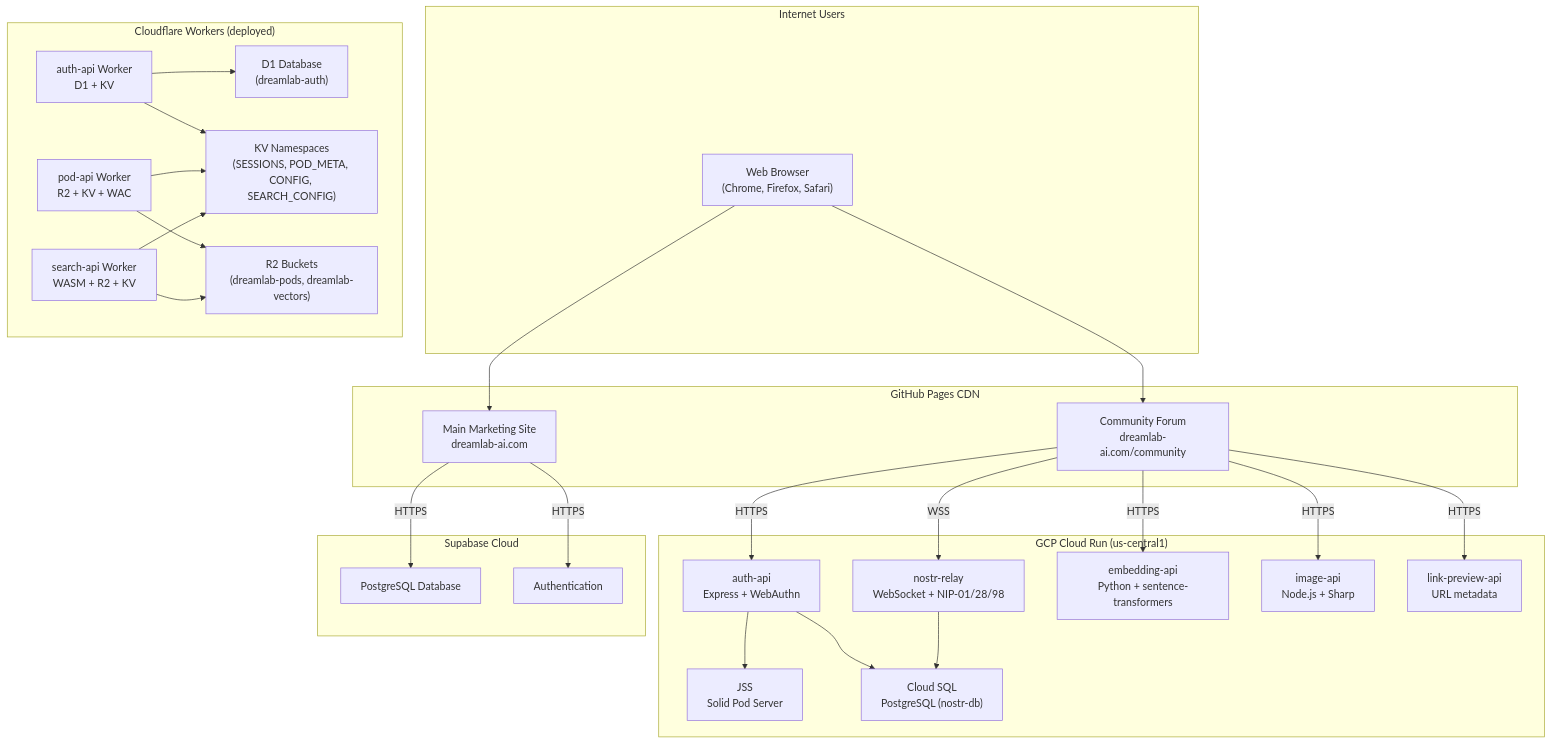
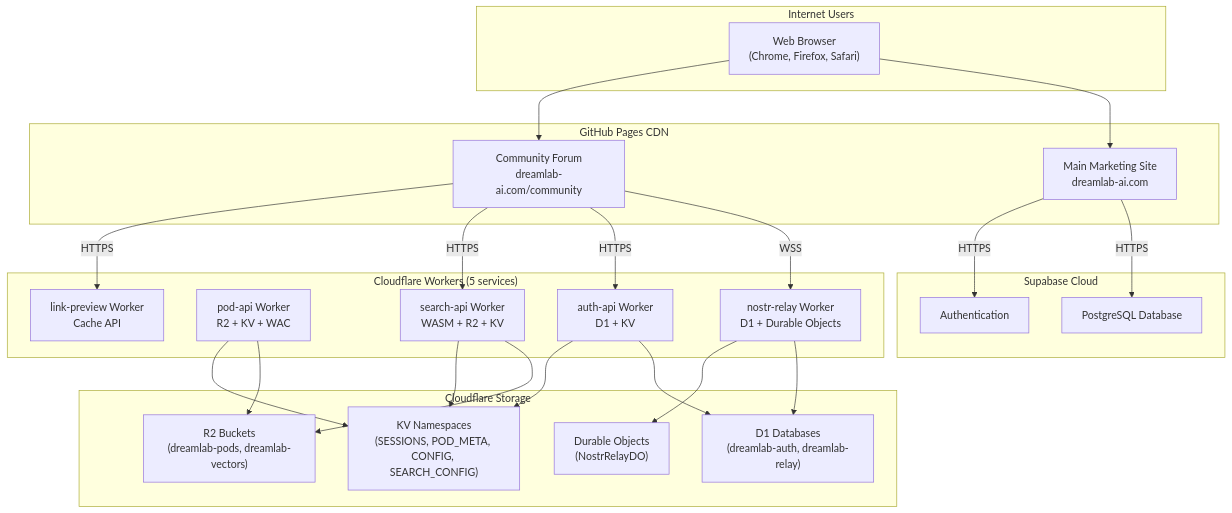
The first of 3 diagrams in docs/architecture/SYSTEM_OVERVIEW.md (DreamLab-AI/dreamlab-ai-website), drawn with Mermaid before and after one commit. The commit also changed other lines of this file and 36 other files, not shown here.

First line of the commit message:
Update 37 docs files: remove GCP references, reflect Cloudflare Workers architecture

````diff
--- a/docs/architecture/SYSTEM_OVERVIEW.md
+++ b/docs/architecture/SYSTEM_OVERVIEW.md
@@ -23,55 +23,49 @@
 ```mermaid
 graph TB
     subgraph Internet["Internet Users"]
         Browser["Web Browser<br/>(Chrome, Firefox, Safari)"]
     end
 
     subgraph CDN["GitHub Pages CDN"]
         MainSite["Main Marketing Site<br/>dreamlab-ai.com"]
         CommunityApp["Community Forum<br/>dreamlab-ai.com/community"]
     end
 
-    subgraph GCP["GCP Cloud Run (us-central1)"]
-        AuthAPI["auth-api<br/>Express + WebAuthn"]
-        JSS["JSS<br/>Solid Pod Server"]
-        Relay["nostr-relay<br/>WebSocket + NIP-01/28/98"]
-        EmbedAPI["embedding-api<br/>Python + sentence-transformers"]
-        ImageAPI["image-api<br/>Node.js + Sharp"]
-        LinkPreview["link-preview-api<br/>URL metadata"]
-        CloudSQL["Cloud SQL<br/>PostgreSQL (nostr-db)"]
+    subgraph CF["Cloudflare Workers (5 services)"]
+        CFAuth["auth-api Worker<br/>D1 + KV"]
+        CFPod["pod-api Worker<br/>R2 + KV + WAC"]
+        CFSearch["search-api Worker<br/>WASM + R2 + KV"]
+        CFRelay["nostr-relay Worker<br/>D1 + Durable Objects"]
+        CFLink["link-preview Worker<br/>Cache API"]
+    end
+
+    subgraph CFStorage["Cloudflare Storage"]
+        D1["D1 Databases<br/>(dreamlab-auth, dreamlab-relay)"]
+        KV["KV Namespaces<br/>(SESSIONS, POD_META, CONFIG, SEARCH_CONFIG)"]
+        R2["R2 Buckets<br/>(dreamlab-pods, dreamlab-vectors)"]
+        DO["Durable Objects<br/>(NostrRelayDO)"]
     end
 
     subgraph Supabase["Supabase Cloud"]
         SupabaseDB["PostgreSQL Database"]
         SupabaseAuth["Authentication"]
     end
 
-    subgraph CF["Cloudflare Workers (deployed)"]
-        CFAuth["auth-api Worker<br/>D1 + KV"]
-        CFPod["pod-api Worker<br/>R2 + KV + WAC"]
-        CFSearch["search-api Worker<br/>WASM + R2 + KV"]
-        D1["D1 Database<br/>(dreamlab-auth)"]
-        KV["KV Namespaces<br/>(SESSIONS, POD_META, CONFIG, SEARCH_CONFIG)"]
-        R2["R2 Buckets<br/>(dreamlab-pods, dreamlab-vectors)"]
-    end
-
     Browser --> MainSite
     Browser --> CommunityApp
-    CommunityApp -->|WSS| Relay
-    CommunityApp -->|HTTPS| AuthAPI
-    CommunityApp -->|HTTPS| ImageAPI
-    CommunityApp -->|HTTPS| EmbedAPI
-    CommunityApp -->|HTTPS| LinkPreview
-    AuthAPI --> JSS
-    AuthAPI --> CloudSQL
-    Relay --> CloudSQL
+    CommunityApp -->|WSS| CFRelay
+    CommunityApp -->|HTTPS| CFAuth
+    CommunityApp -->|HTTPS| CFSearch
+    CommunityApp -->|HTTPS| CFLink
     MainSite -->|HTTPS| SupabaseDB
     MainSite -->|HTTPS| SupabaseAuth
 
     CFAuth --> D1
     CFAuth --> KV
     CFPod --> R2
     CFPod --> KV
     CFSearch --> R2
     CFSearch --> KV
+    CFRelay --> D1
+    CFRelay --> DO
 ```
````
